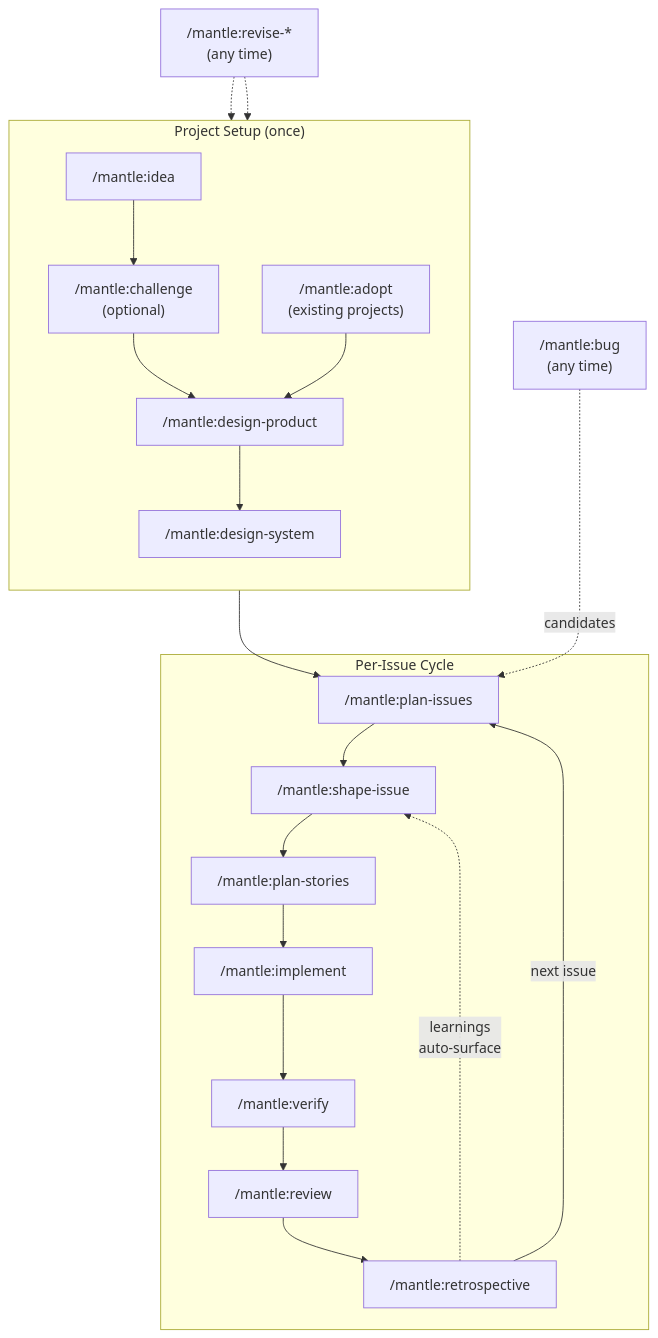
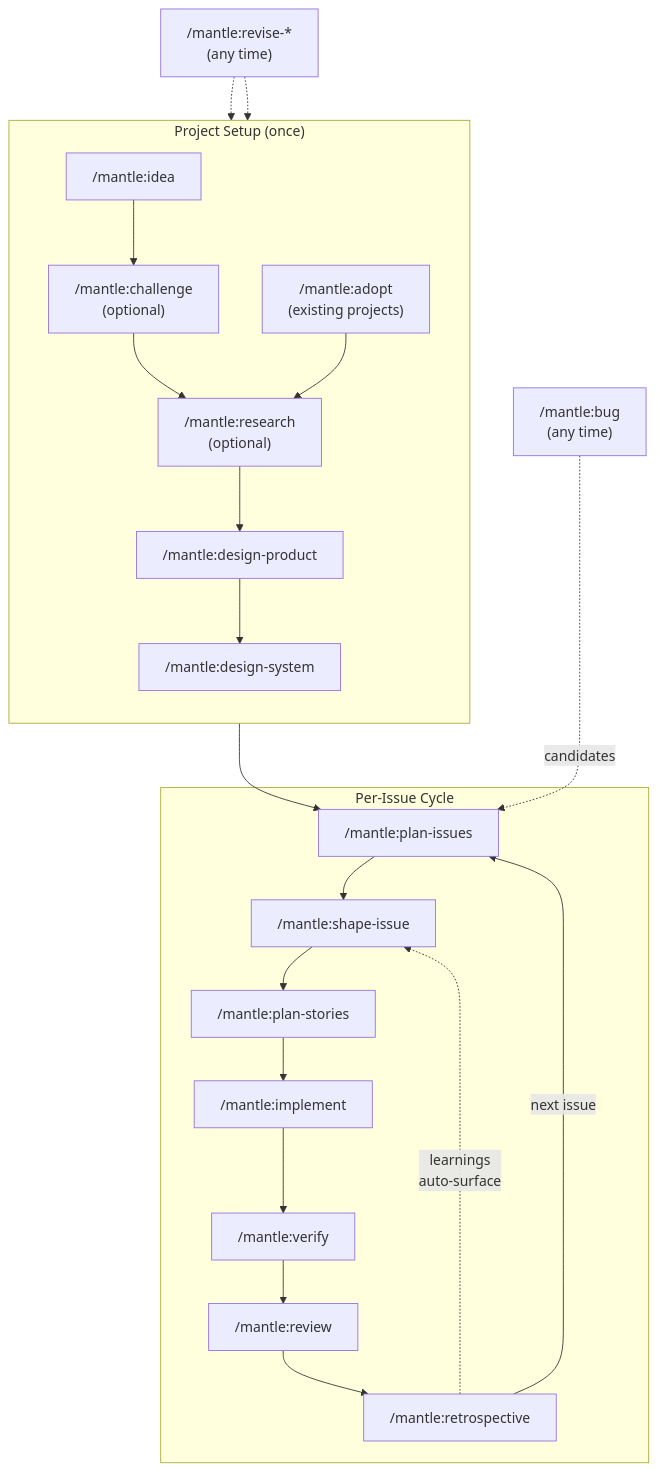
The diagram in .mantle/product-design.md (chonalchendo/mantle), drawn with Mermaid before and after one commit. The commit also changed other lines of this file, not shown here.

Commit message:
docs: reorder workflow — research before design

````diff
--- a/.mantle/product-design.md
+++ b/.mantle/product-design.md
@@ -58,28 +59,29 @@
 ```mermaid
 flowchart TD
     subgraph setup ["Project Setup (once)"]
         direction TB
         idea["/mantle:idea"] --> challenge["/mantle:challenge<br/>(optional)"]
         adopt["/mantle:adopt<br/>(existing projects)"]
-        challenge --> dprod["/mantle:design-product"]
-        adopt --> dprod
+        challenge --> research["/mantle:research<br/>(optional)"]
+        adopt --> research
+        research --> dprod["/mantle:design-product"]
         dprod --> dsys["/mantle:design-system"]
     end
 
     dsys --> plan
 
     subgraph cycle ["Per-Issue Cycle"]
         plan["/mantle:plan-issues"] --> shape["/mantle:shape-issue"]
         shape --> stories["/mantle:plan-stories"]
         stories --> impl["/mantle:implement"]
         impl --> verify["/mantle:verify"]
         verify --> review["/mantle:review"]
         review --> retro["/mantle:retrospective"]
     end
 
     retro -->|"next issue"| plan
     retro -.->|"learnings<br/>auto-surface"| shape
 
     bug["/mantle:bug<br/>(any time)"] -.->|"candidates"| plan
     revise["/mantle:revise-*<br/>(any time)"] -.-> dprod & dsys
 ```
````
